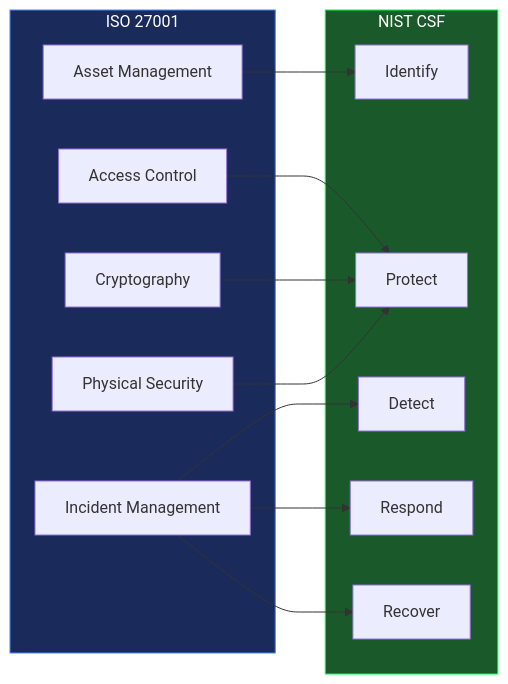
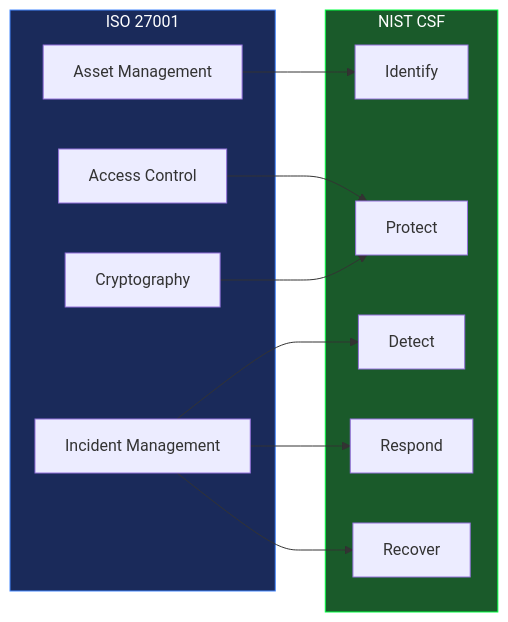
Before and after one commit to Speed-boo3/grc-project: the third of 3 diagrams in README.md, drawn with Mermaid. The commit also changed other lines of this file and 7 other files, not shown here.

````diff
--- a/README.md
+++ b/README.md
@@ -209,27 +212,25 @@
 ```mermaid
 flowchart LR
     subgraph ISO[ISO 27001]
         A[Access Control]
         B[Asset Management]
         C[Incident Management]
         D[Cryptography]
-        E[Physical Security]
     end
     subgraph NIST[NIST CSF]
-        F[Identify]
-        G[Protect]
-        H[Detect]
-        I[Respond]
-        J[Recover]
+        E[Identify]
+        F[Protect]
+        G[Detect]
+        H[Respond]
+        I[Recover]
     end
-    A --> G
-    B --> F
+    A --> F
+    B --> E
+    C --> G
     C --> H
     C --> I
-    C --> J
-    D --> G
-    E --> G
+    D --> F
 
     style ISO fill:#1a2a5a,stroke:#4488ff,color:#ffffff
     style NIST fill:#1a5a2a,stroke:#00ff41,color:#ffffff
 ```
````
